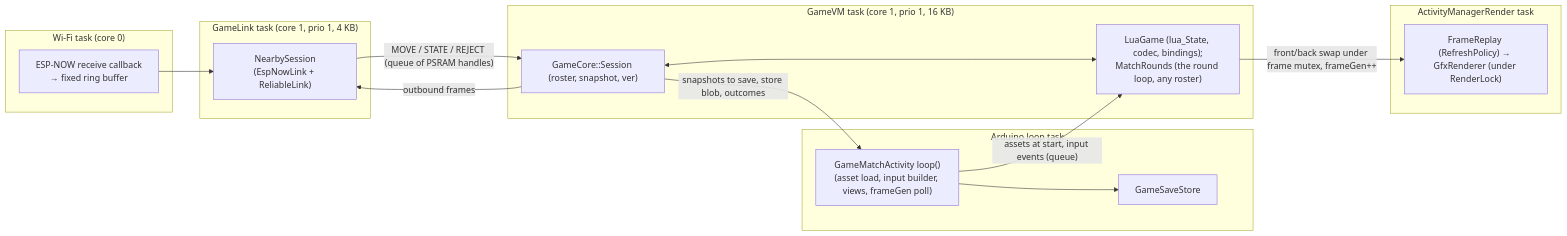
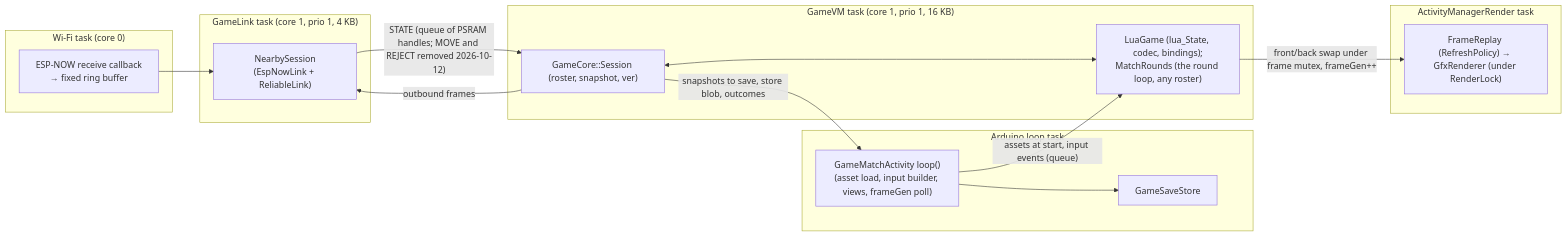
The third of 4 diagrams in _bmad-output/planning-artifacts/architecture/architecture-crosshatch-player-2026-09-26/ARCHITECTURE-SPINE.md (CarpeTelam/crosshatch-player), drawn with Mermaid before and after one commit. The commit also changed other lines of this file and 4 other files, not shown here.

````diff
--- a/_bmad-output/planning-artifacts/architecture/architecture-crosshatch-player-2026-09-26/ARCHITECTURE-SPINE.md
+++ b/_bmad-output/planning-artifacts/architecture/architecture-crosshatch-player-2026-09-26/ARCHITECTURE-SPINE.md
@@ -455,29 +455,29 @@
 ```mermaid
 flowchart LR
   subgraph WiFiTask["Wi-Fi task (core 0)"]
     RX["ESP-NOW receive callback<br/>→ fixed ring buffer"]
   end
   subgraph LinkTask["GameLink task (core 1, prio 1, 4 KB)"]
     NS["NearbySession<br/>(EspNowLink + ReliableLink)"]
   end
   subgraph LoopTask["Arduino loop task"]
     MA["GameMatchActivity loop()<br/>(asset load, input builder, views, frameGen poll)"]
     SS["GameSaveStore"]
   end
   subgraph VMTask["GameVM task (core 1, prio 1, 16 KB)"]
     %% Amended 2026-09-28 (owner): SoloRounds (now MatchRounds) and RefreshPolicy named (retro A2).
     VM["LuaGame (lua_State, codec, bindings);<br/>MatchRounds (the round loop, any roster)"]
     SE["GameCore::Session (roster, snapshot, ver)"]
   end
   subgraph RenderTask["ActivityManagerRender task"]
     RP["FrameReplay (RefreshPolicy) → GfxRenderer (under RenderLock)"]
   end
   RX --> NS
-  NS -- "MOVE / STATE / REJECT (queue of PSRAM handles)" --> SE
+  NS -- "STATE (queue of PSRAM handles; MOVE and REJECT removed 2026-10-12)" --> SE
   SE -- "outbound frames" --> NS
   MA -- "assets at start, input events (queue)" --> VM
   SE -- "snapshots to save, store blob, outcomes" --> MA
   MA --> SS
   VM -- "front/back swap under frame mutex, frameGen++" --> RP
   SE <--> VM
 ```
````
